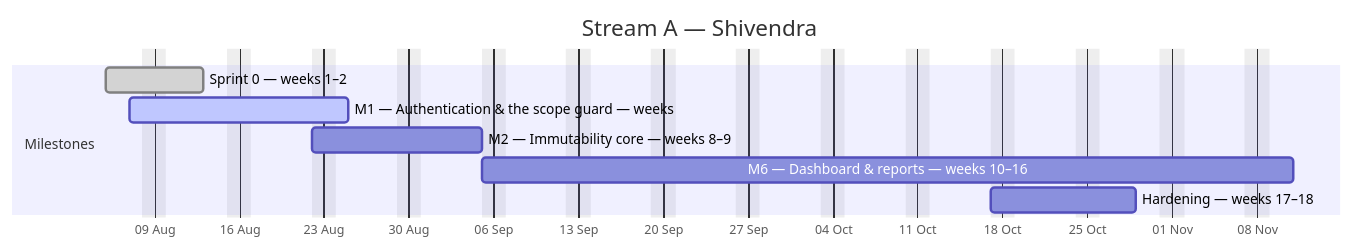
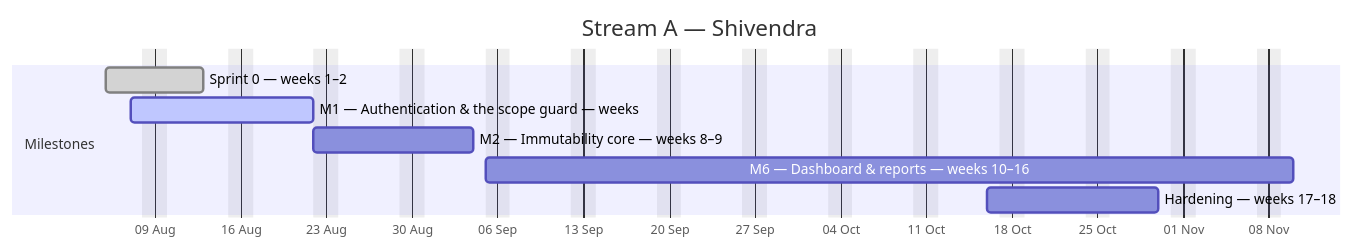
One commit to debashisedunext/EduTrack changed the first of 4 diagrams in docs/plan/GANTT.md. Above: the diagram before and after it, drawn with Mermaid. The commit also changed other lines of this file and 3 other files, not shown here.

````diff
--- a/docs/plan/GANTT.md
+++ b/docs/plan/GANTT.md
@@ -129,13 +129,13 @@
 ```mermaid
 gantt
     dateFormat YYYY-MM-DD
     axisFormat %d %b
     title Stream A — Shivendra
     excludes weekends
     section Milestones
     Sprint 0 — weeks 1–2 :done, a0, 2026-08-05, 6d
-    M1 — Authentication & the scope guard — weeks :active, a1, 2026-08-07, 12d
-    M2 — Immutability core — weeks 8–9 :a2, 2026-08-22, 11d
-    M6 — Dashboard & reports — weeks 10–16 :a3, 2026-09-05, 48d
-    Hardening — weeks 17–18 :a4, 2026-10-17, 9d
+    M1 — Authentication & the scope guard — weeks :active, a1, 2026-08-07, 11d
+    M2 — Immutability core — weeks 8–9 :a2, 2026-08-22, 10d
+    M6 — Dashboard & reports — weeks 10–16 :a3, 2026-09-05, 47d
+    Hardening — weeks 17–18 :a4, 2026-10-16, 10d
 ```
````
